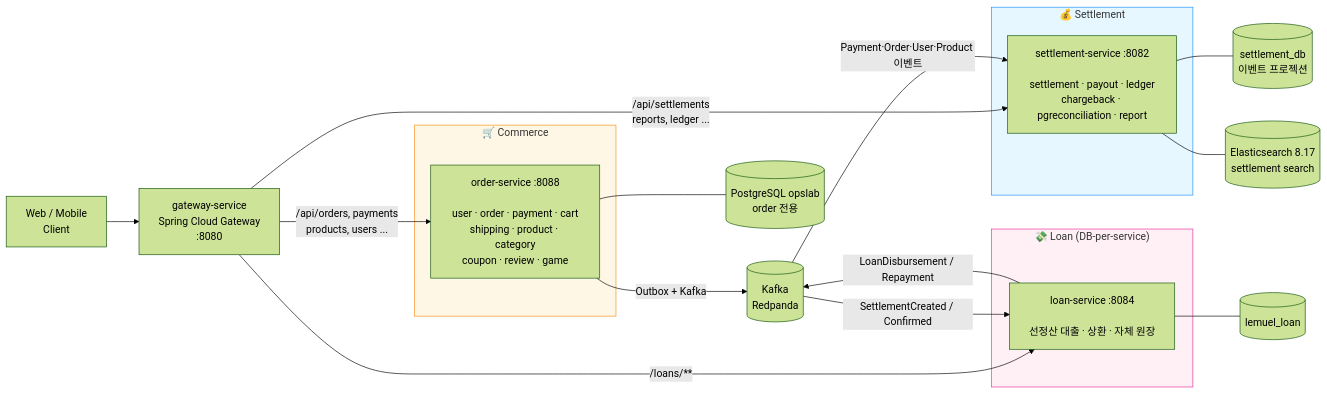
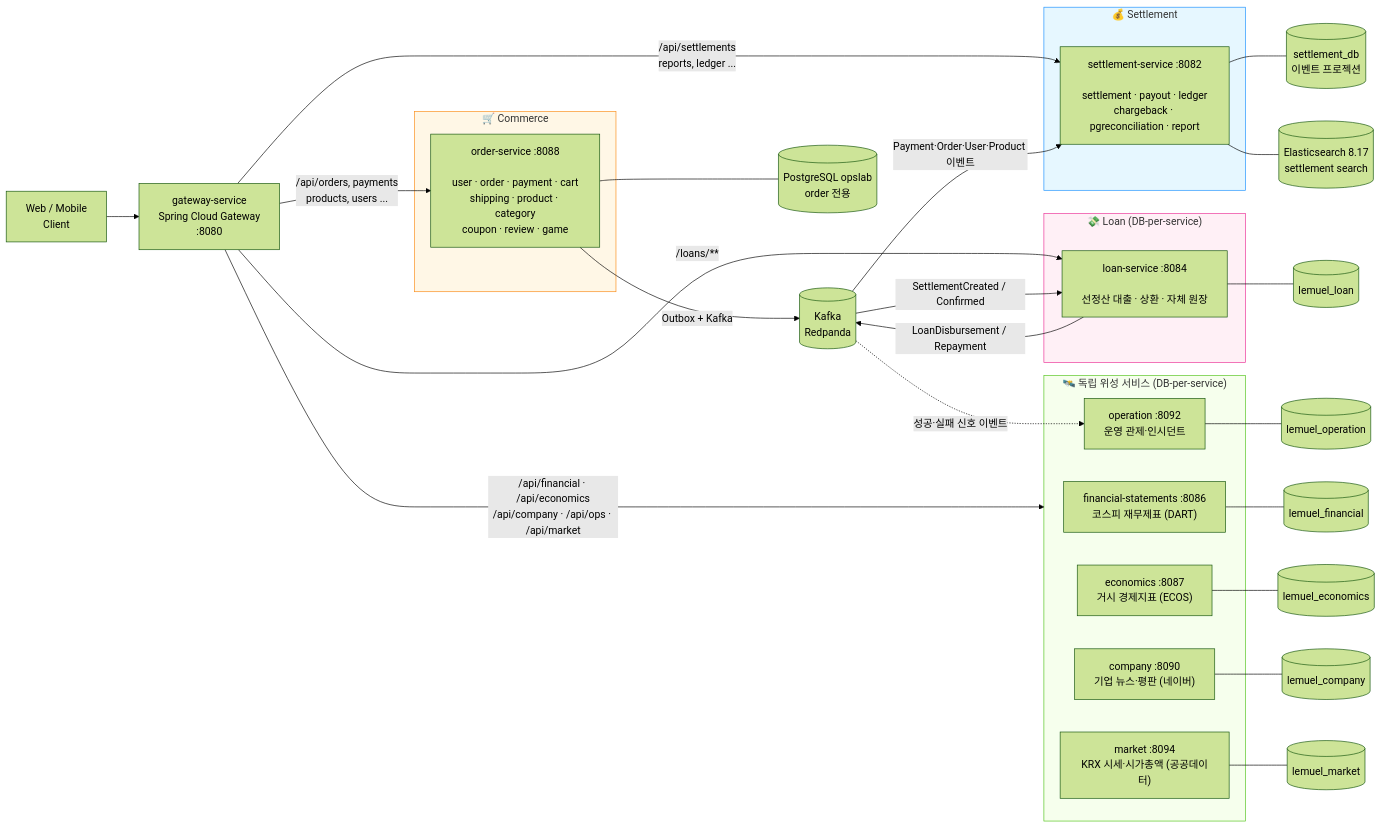
Before and after one commit to MyoungSoo7/settlement: the diagram in README.md, drawn with Mermaid (forest theme). The commit also changed other lines of this file and 919 other files, not shown here.

````diff
--- a/README.md
+++ b/README.md
@@ -28,33 +28,48 @@
 ```mermaid
 flowchart LR
     Client["Web / Mobile<br/>Client"] --> GW
     GW["gateway-service<br/>Spring Cloud Gateway<br/>:8080"]
 
     GW -->|/api/orders, payments<br/>products, users ...| OS
     GW -->|/api/settlements<br/>reports, ledger ...| SS
     GW -->|/loans/**| LS
+    GW -->|/api/financial · /api/economics<br/>/api/company · /api/ops · /api/market| SAT
 
     subgraph commerce["🛒 Commerce"]
         OS["order-service :8088<br/><br/>user · order · payment · cart<br/>shipping · product · category<br/>coupon · review · game"]
     end
     subgraph settlement["💰 Settlement"]
         SS["settlement-service :8082<br/><br/>settlement · payout · ledger<br/>chargeback · pgreconciliation · report"]
     end
     subgraph loan["💸 Loan (DB-per-service)"]
         LS["loan-service :8084<br/><br/>선정산 대출 · 상환 · 자체 원장"]
     end
+    subgraph SAT["🛰️ 독립 위성 서비스 (DB-per-service)"]
+        FIN["financial-statements :8086<br/>코스피 재무제표 (DART)"]
+        ECO["economics :8087<br/>거시 경제지표 (ECOS)"]
+        COM["company :8090<br/>기업 뉴스·평판 (네이버)"]
+        OPS["operation :8092<br/>운영 관제·인시던트"]
+        MKT["market :8094<br/>KRX 시세·시가총액 (공공데이터)"]
+    end
 
     OS -->|Outbox + Kafka| K[(Kafka<br/>Redpanda)]
     K -->|Payment·Order·User·Product 이벤트| SS
     K -->|SettlementCreated / Confirmed| LS
     LS -->|LoanDisbursement / Repayment| K
+    K -.->|성공·실패 신호 이벤트| OPS
 
     OS --- PG[(PostgreSQL opslab<br/>order 전용)]
     SS --- SDB[(settlement_db<br/>이벤트 프로젝션)]
     LS --- LDB[(lemuel_loan)]
     SS --- ES[(Elasticsearch 8.17<br/>settlement search)]
+    FIN --- FDB[(lemuel_financial)]
+    ECO --- EDB[(lemuel_economics)]
+    COM --- CDB[(lemuel_company)]
+    OPS --- ODB[(lemuel_operation)]
+    MKT --- MDB[(lemuel_market)]
 
     style commerce fill:#fff7e6,stroke:#fa8c16
     style settlement fill:#e6f7ff,stroke:#1890ff
     style loan fill:#fff0f6,stroke:#eb2f96
+    style SAT fill:#f6ffed,stroke:#52c41a
 ```
````
